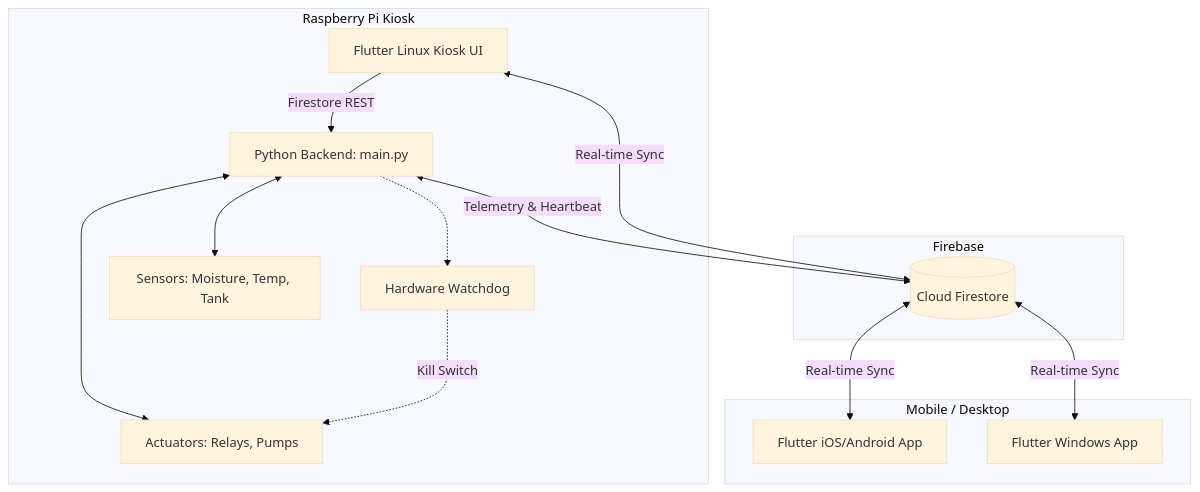
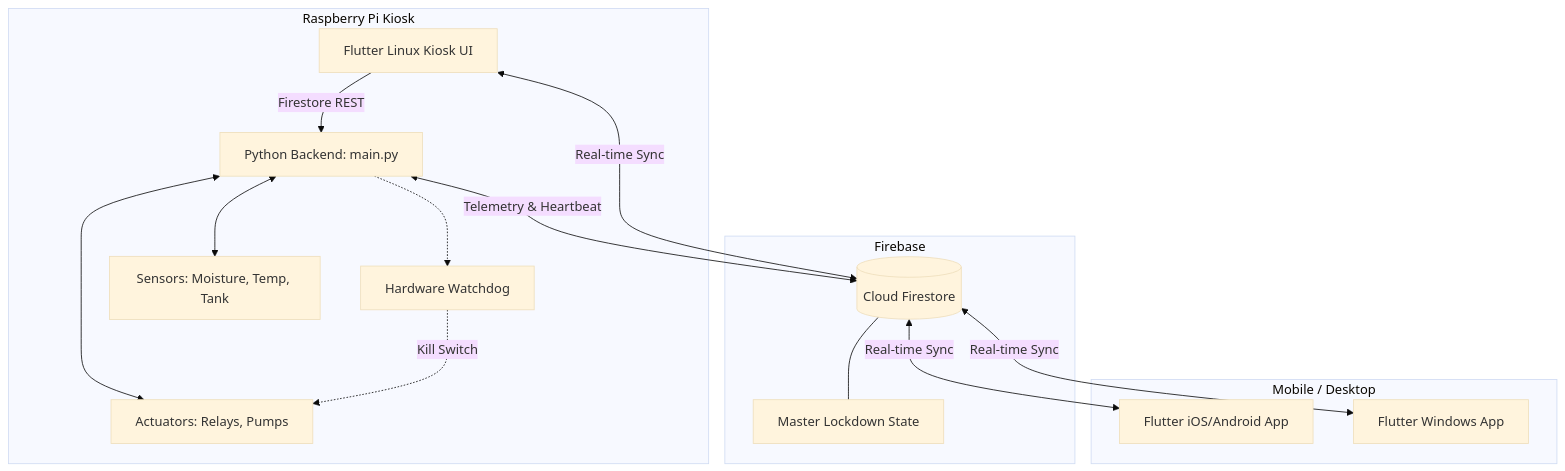
One commit to Arziii/Smartsprout changed the first of 4 diagrams in DefensePreparation.md. Above: the diagram before and after it, drawn with Mermaid (base theme). The commit also changed other lines of this file and 4 other files, not shown here.

````diff
--- a/DefensePreparation.md
+++ b/DefensePreparation.md
@@ -52,30 +52,32 @@
 ```mermaid
 graph TD
     subgraph Edge Layer [Raspberry Pi Kiosk]
         A[Python Backend: main.py]
         B[Hardware Watchdog]
         C[Sensors: Moisture, Temp, Tank]
         D[Actuators: Relays, Pumps]
         E[Flutter Linux Kiosk UI]
         
         A <--> C
         A <--> D
         A -.-> B
         B -.->|Kill Switch| D
         E -->|Firestore REST| A
     end
 
     subgraph Cloud Layer [Firebase]
         F[(Cloud Firestore)]
+        LS[Master Lockdown State]
+        F --- LS
     end
 
     subgraph Client Layer [Mobile / Desktop]
         G[Flutter iOS/Android App]
         H[Flutter Windows App]
     end
 
     A <-->|Telemetry & Heartbeat| F
     F <-->|Real-time Sync| G
     F <-->|Real-time Sync| H
     E <-->|Real-time Sync| F
 ```
````
